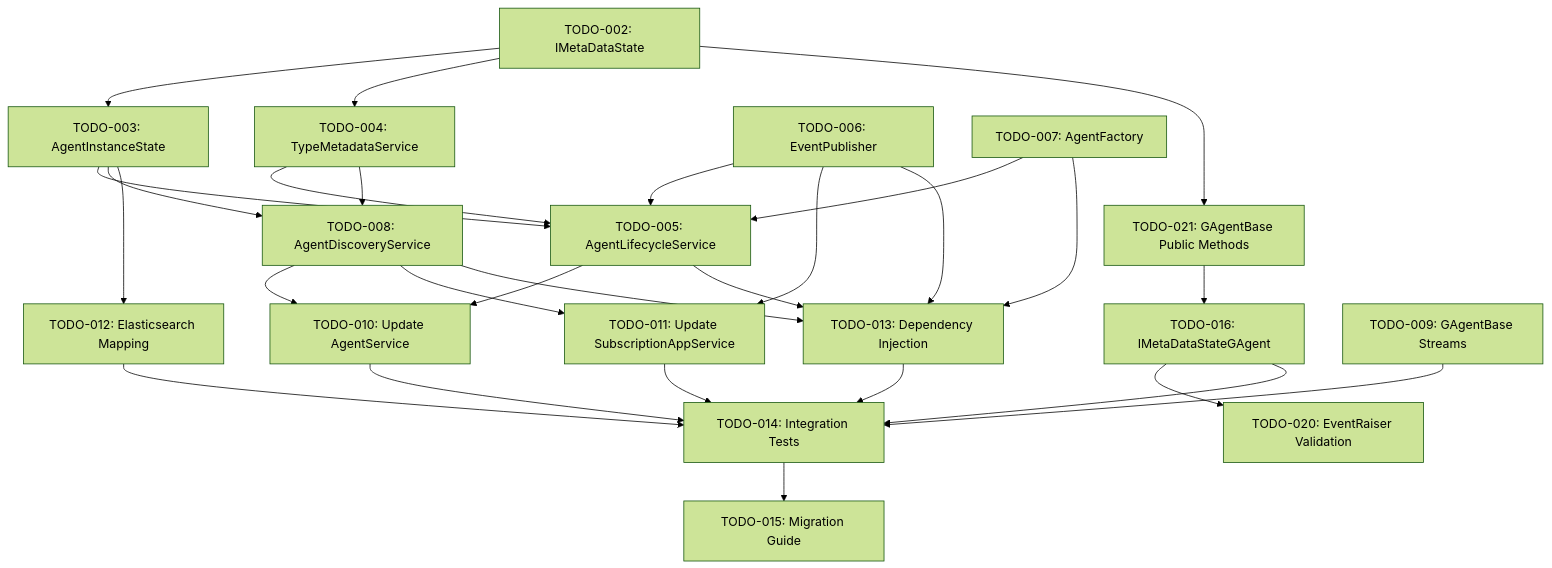
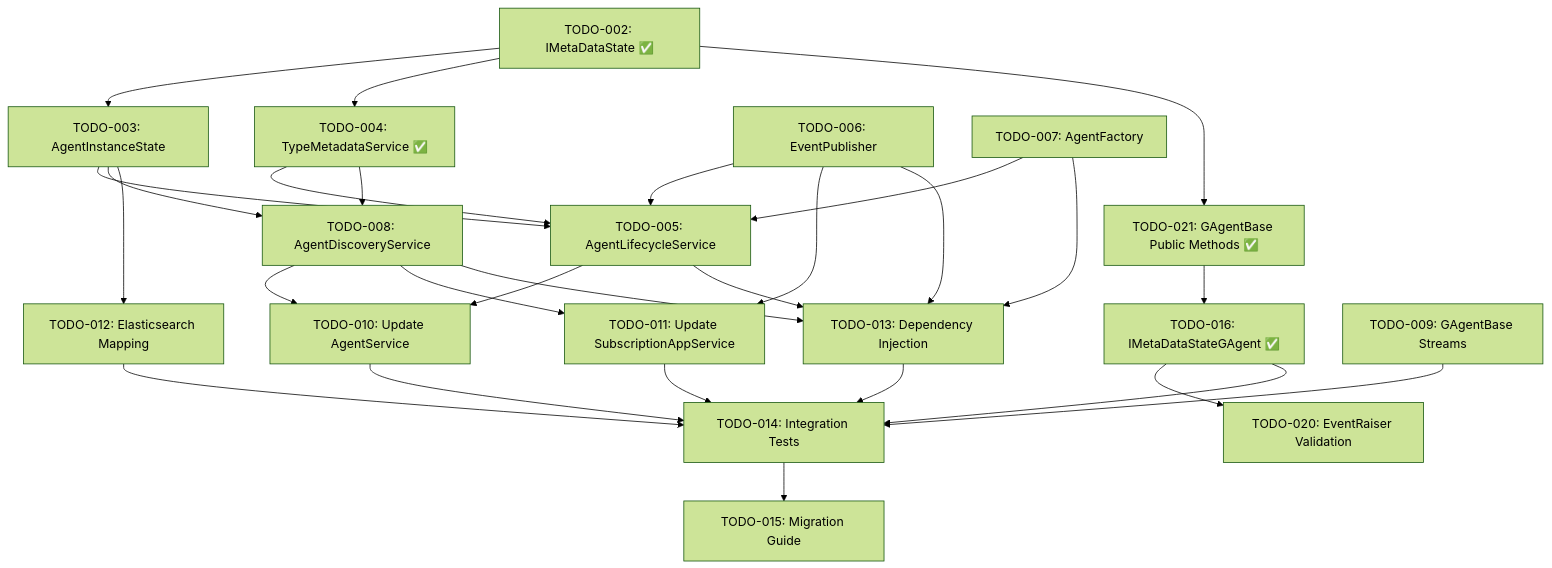
The diagram in station/docs/todos/README.md (aevatarAI/aevatar-station), drawn with Mermaid (forest theme) before and after one commit. The commit also changed other lines of this file, not shown here.

Commit message:
docs: mark TODO-004 TypeMetadataService as completed
- Update task status to COMPLETED with checkmark
- Update dependency graph to show completed tasks
- Update next steps guidance to recommend TODO-003 as next priority
- Reflects successful implementation of TypeMetadataService with assembly scanning,
  capability extraction, Orleans integration, and comprehensive testing

🤖 Generated with [Claude Code](https://claude.ai/code)

````diff
--- a/station/docs/todos/README.md
+++ b/station/docs/todos/README.md
@@ -54,36 +54,36 @@
 ```mermaid
 graph TD
-    A[TODO-002: IMetaDataState] --> B[TODO-003: AgentInstanceState]
-    A --> D[TODO-004: TypeMetadataService]
-    A --> R[TODO-021: GAgentBase Public Methods]
-    R --> P[TODO-016: IMetaDataStateGAgent]
+    A[TODO-002: IMetaDataState ✅] --> B[TODO-003: AgentInstanceState]
+    A --> D[TODO-004: TypeMetadataService ✅]
+    A --> R[TODO-021: GAgentBase Public Methods ✅]
+    R --> P[TODO-016: IMetaDataStateGAgent ✅]
     B --> E[TODO-005: AgentLifecycleService]
     B --> H[TODO-008: AgentDiscoveryService]
     B --> L[TODO-012: Elasticsearch Mapping]
     
     F[TODO-006: EventPublisher] --> E
     G[TODO-007: AgentFactory] --> E
     D --> E
     D --> H
     
     E --> J[TODO-010: Update AgentService]
     F --> K[TODO-011: Update SubscriptionAppService]
     H --> J
     H --> K
     
     E --> M[TODO-013: Dependency Injection]
     F --> M
     G --> M
     H --> M
     
     P --> T[TODO-020: EventRaiser Validation]
     
     I[TODO-009: GAgentBase Streams] --> N[TODO-014: Integration Tests]
     J --> N
     K --> N
     L --> N
     M --> N
     P --> N
     
     N --> O[TODO-015: Migration Guide]
 ```
````
